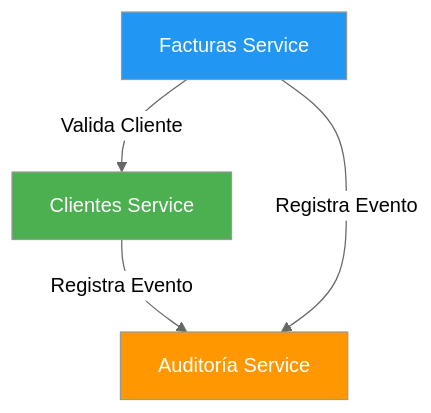
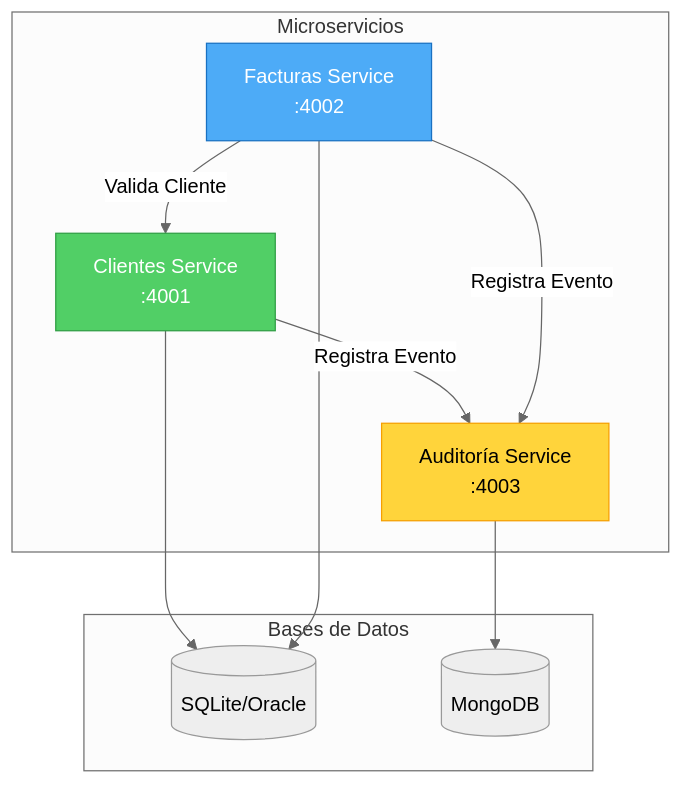
Before and after one commit to Asimpl3-Hero/RubyDoubleV: the first of 12 diagrams in docs/DIAGRAMAS.md, drawn with Mermaid (neutral theme). The commit also changed other lines of this file, not shown here.

First line of the commit message:
Update DIAGRAMAS.md

````diff
--- a/docs/DIAGRAMAS.md
+++ b/docs/DIAGRAMAS.md
@@ -12,14 +21,24 @@
 ```mermaid
 graph TB
-    CS[Clientes Service]
-    FS[Facturas Service]
-    AS[Auditoría Service]
+    subgraph "Microservicios"
+        CS[Clientes Service<br/>:4001]
+        FS[Facturas Service<br/>:4002]
+        AS[Auditoría Service<br/>:4003]
+    end
+
+    subgraph "Bases de Datos"
+        SQL[(SQLite/Oracle)]
+        MONGO[(MongoDB)]
+    end
 
     FS -->|Valida Cliente| CS
     CS -->|Registra Evento| AS
     FS -->|Registra Evento| AS
+    CS --> SQL
+    FS --> SQL
+    AS --> MONGO
 
-    style CS fill:#4CAF50,color:#fff
-    style FS fill:#2196F3,color:#fff
-    style AS fill:#FF9800,color:#fff
+    style CS fill:#51cf66,stroke:#2f9e44,color:#fff
+    style FS fill:#4dabf7,stroke:#1971c2,color:#fff
+    style AS fill:#ffd43b,stroke:#f59f00,color:#000
 ```
````
